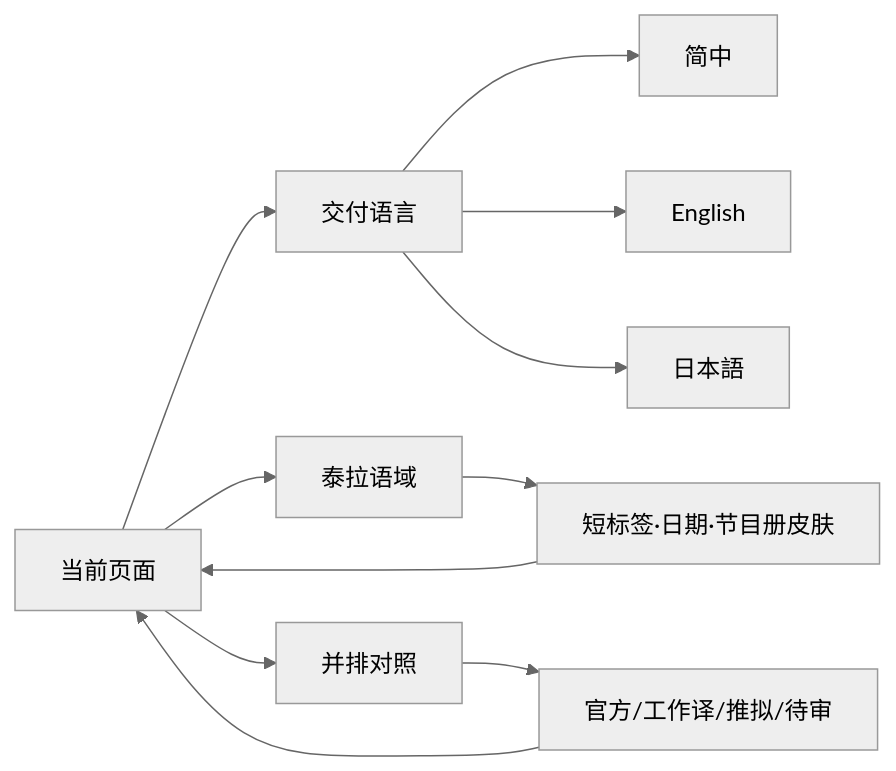
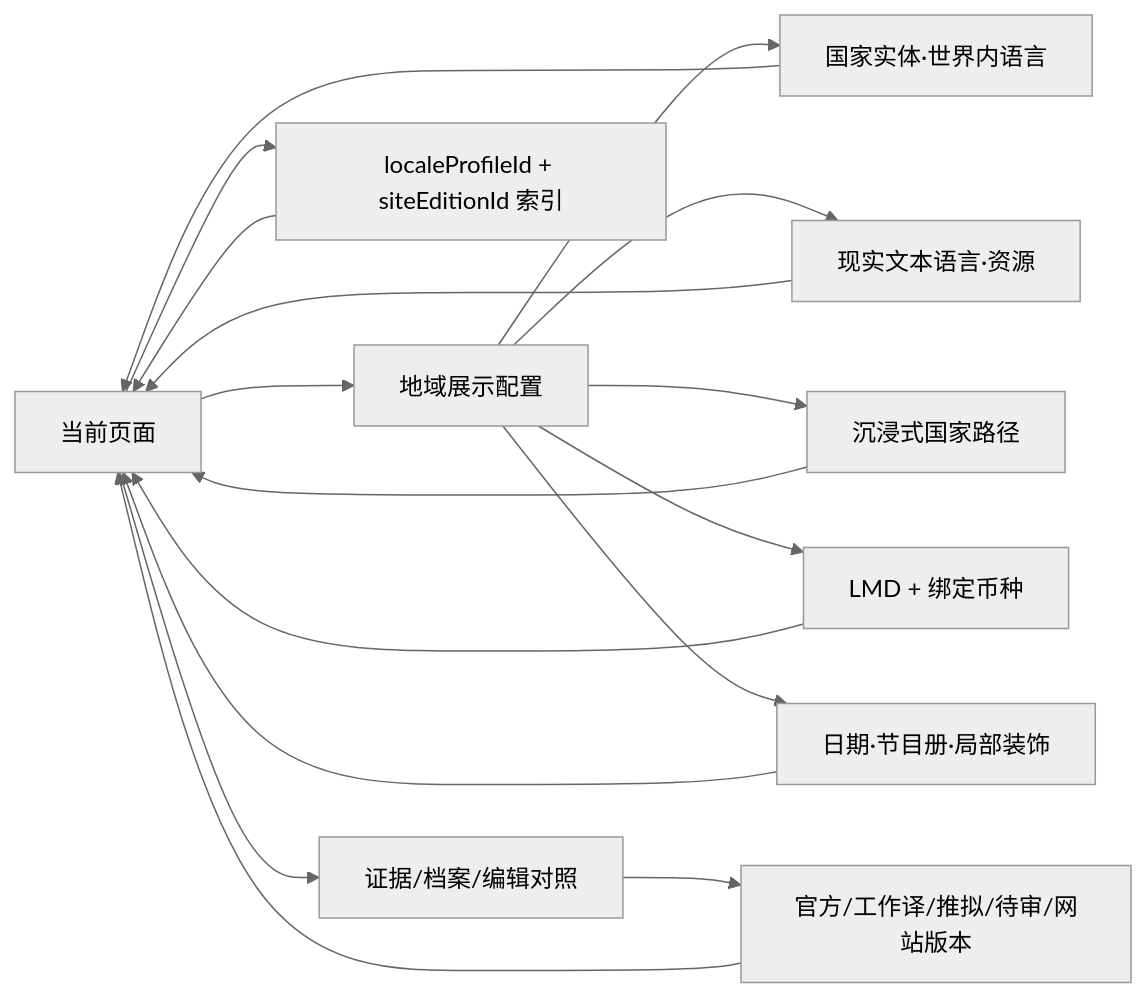
Before and after one commit to Selloryebir/crimson_troupe: the diagram in docs/blueprint/03_journeys/maps/08_国际化与证据.mmd, drawn with Mermaid (neutral theme). The commit also changed 108 other files, not shown here.

```diff
--- a/docs/blueprint/03_journeys/maps/08_国际化与证据.mmd
+++ b/docs/blueprint/03_journeys/maps/08_国际化与证据.mmd
@@ -1,11 +1,17 @@
 flowchart LR
-  Page[当前页面] --> Delivery[交付语言]
-  Delivery --> CN[简中]
-  Delivery --> EN[English]
-  Delivery --> JP[日本語]
-  Page --> Diegetic[泰拉语域]
-  Diegetic --> Skin[短标签·日期·节目册皮肤]
+  Page[当前页面] --> Profile[地域展示配置]
+  Profile --> Entity[国家实体·世界内语言]
+  Profile --> Text[现实文本语言·资源]
+  Profile --> Route[沉浸式国家路径]
+  Profile --> Currency[LMD + 绑定币种]
+  Profile --> Skin[日期·节目册·局部装饰]
+  Entity --> Page
+  Text --> Page
+  Route --> Page
+  Currency --> Page
   Skin --> Page
-  Page --> Evidence[并排对照]
-  Evidence --> Status[官方/工作译/推拟/待审]
+  Page --> Index[localeProfileId + siteEditionId 索引]
+  Index --> Page
+  Page --> Evidence[证据/档案/编辑对照]
+  Evidence --> Status[官方/工作译/推拟/待审/网站版本]
   Status --> Page
```
